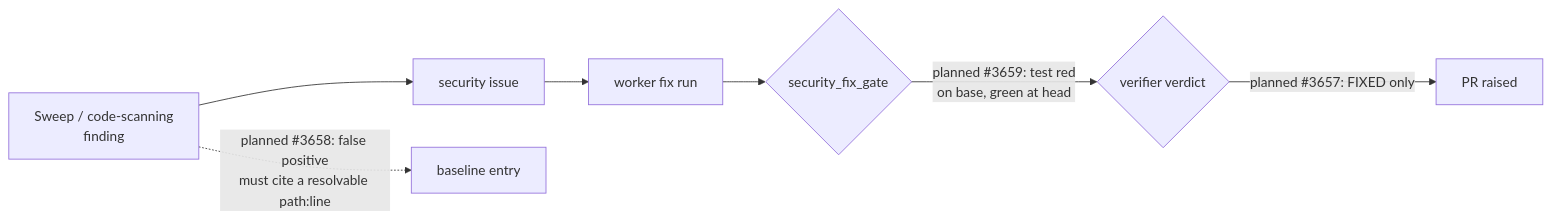
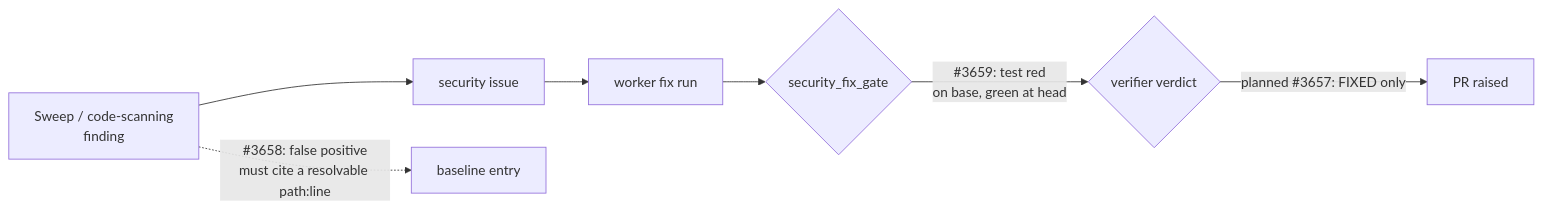
Before and after one commit to stSoftwareAU/VibeCoder: the diagram in docs/security/vulnhunter-methodology-evaluation.md, drawn with Mermaid. The commit also changed other lines of this file and 30 other files, not shown here.

````diff
--- a/docs/security/vulnhunter-methodology-evaluation.md
+++ b/docs/security/vulnhunter-methodology-evaluation.md
@@ -58,9 +61,9 @@
 ```mermaid
 flowchart LR
     S[Sweep / code-scanning<br/>finding] --> I[security issue]
     I --> W[worker fix run]
     W --> G{security_fix_gate}
-    G -->|"planned #3659: test red<br/>on base, green at head"| G2{verifier verdict}
+    G -->|"#3659: test red<br/>on base, green at head"| G2{verifier verdict}
     G2 -->|"planned #3657: FIXED only"| PR[PR raised]
-    S -.->|"planned #3658: false positive<br/>must cite a resolvable path:line"| B[baseline entry]
+    S -.->|"#3658: false positive<br/>must cite a resolvable path:line"| B[baseline entry]
 ```
````
